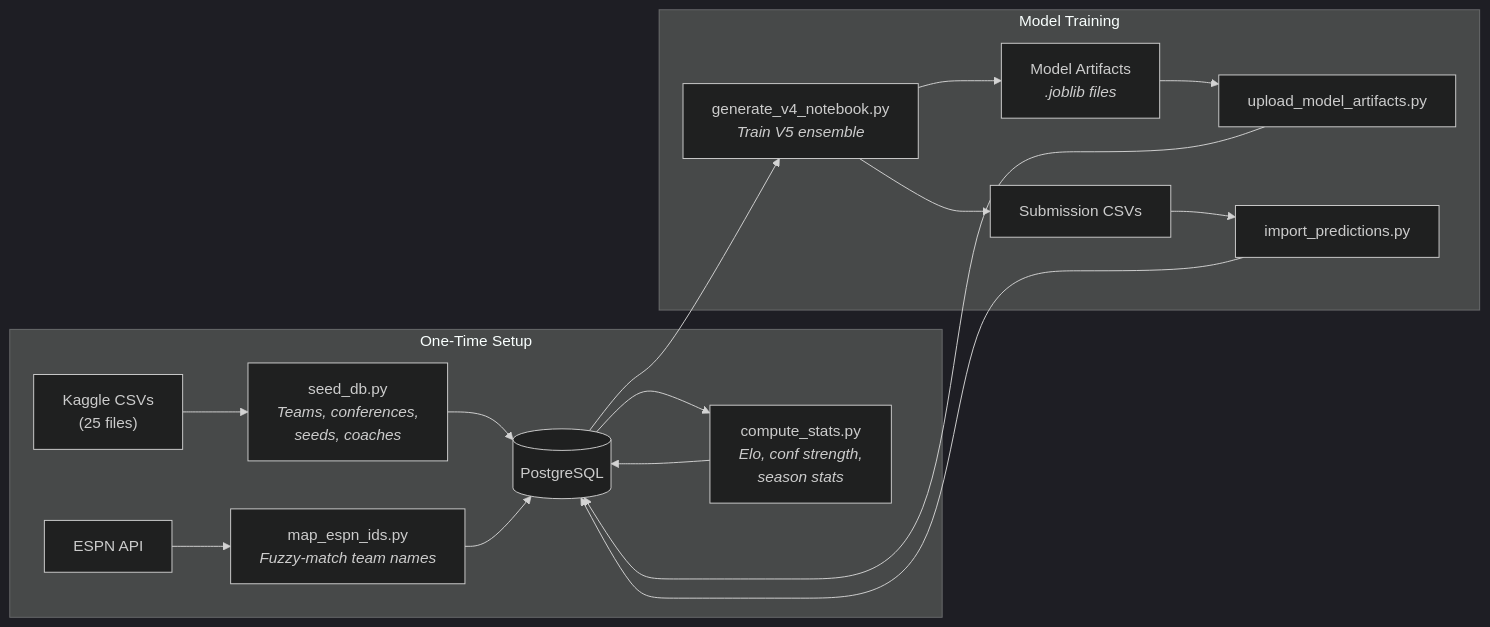
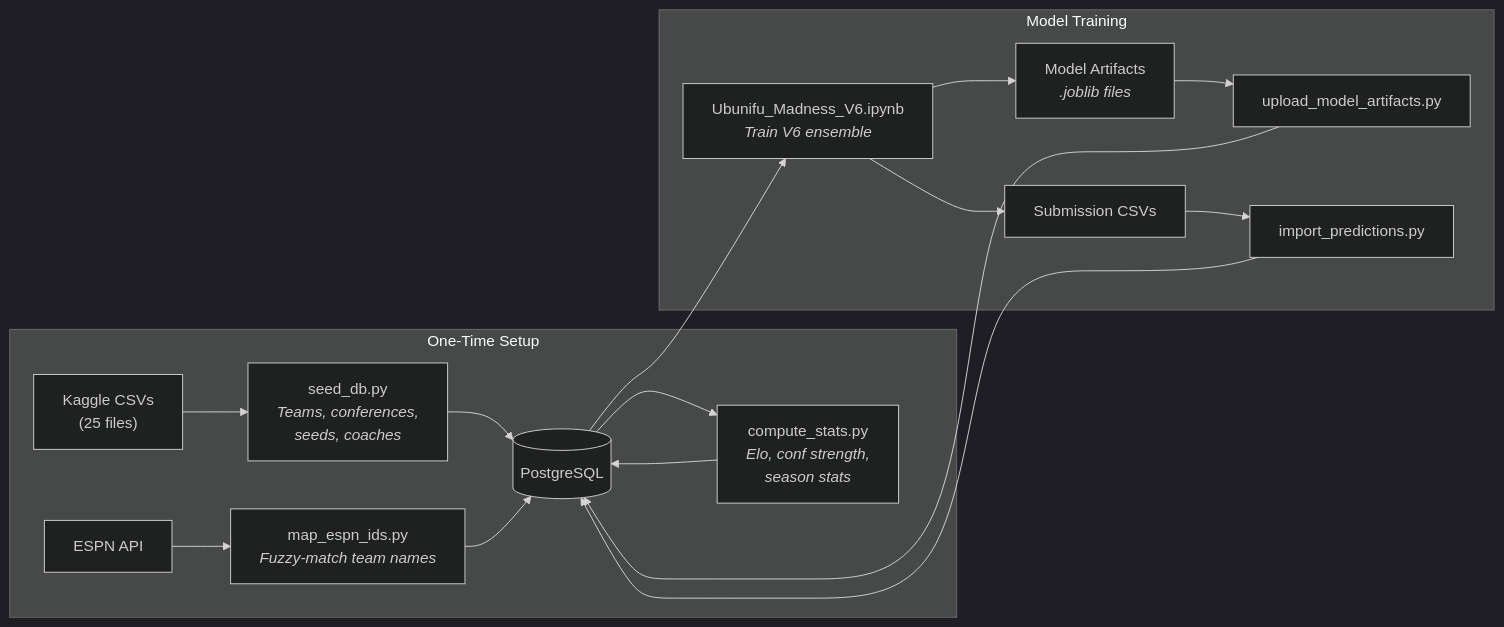
One commit to rapaugustino/ubunifu-madness changed the second of 8 diagrams in docs/LEARNING_GUIDE.md. Above: the diagram before and after it, drawn with Mermaid (dark theme). The commit also changed other lines of this file and 38 other files, not shown here.

````diff
--- a/docs/LEARNING_GUIDE.md
+++ b/docs/LEARNING_GUIDE.md
@@ -122,21 +122,21 @@
 ```mermaid
 flowchart LR
     subgraph Init["One-Time Setup"]
         A["Kaggle CSVs<br/>(25 files)"] --> B["seed_db.py<br/><i>Teams, conferences,<br/>seeds, coaches</i>"]
         B --> C[("PostgreSQL")]
         C --> D["compute_stats.py<br/><i>Elo, conf strength,<br/>season stats</i>"]
         D --> C
         E["ESPN API"] --> F["map_espn_ids.py<br/><i>Fuzzy-match team names</i>"]
         F --> C
     end
 
     subgraph Train["Model Training"]
-        C --> G["generate_v4_notebook.py<br/><i>Train V5 ensemble</i>"]
+        C --> G["Ubunifu_Madness_V6.ipynb<br/><i>Train V6 ensemble</i>"]
         G --> H["Model Artifacts<br/><i>.joblib files</i>"]
         H --> I["upload_model_artifacts.py"]
         I --> C
         G --> J["Submission CSVs"]
         J --> K["import_predictions.py"]
         K --> C
     end
 ```
````
